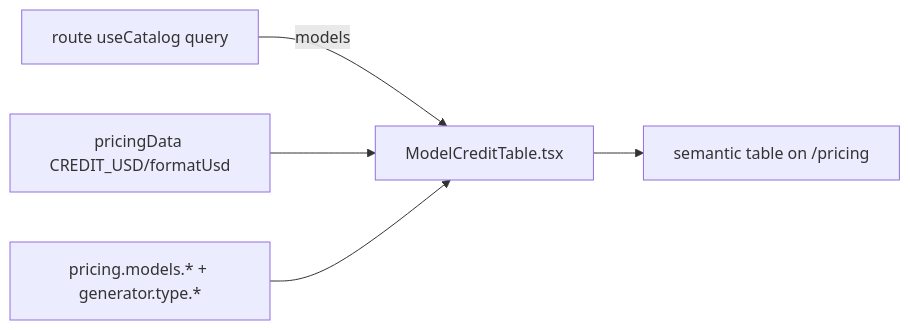
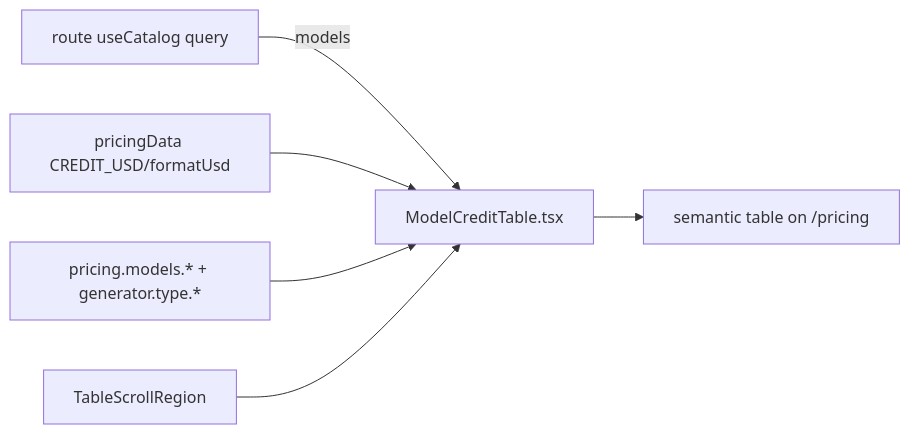
The diagram in apps/web/src/modules/Landing/components/ModelCreditTable.tsx.md (AzamatRaimbekov2/openCreate), drawn with Mermaid before and after one commit. The commit also changed other lines of this file and 11 other files, not shown here.

````diff
--- a/apps/web/src/modules/Landing/components/ModelCreditTable.tsx.md
+++ b/apps/web/src/modules/Landing/components/ModelCreditTable.tsx.md
@@ -33,7 +33,8 @@
 ```mermaid
 flowchart LR
   RQ[route useCatalog query] -- models --> MCT[ModelCreditTable.tsx]
   PD[pricingData CREDIT_USD/formatUsd] --> MCT
   I18N[pricing.models.* + generator.type.*] --> MCT
+  TSR[TableScrollRegion] --> MCT
   MCT --> Table[semantic table on /pricing]
 ```
````
